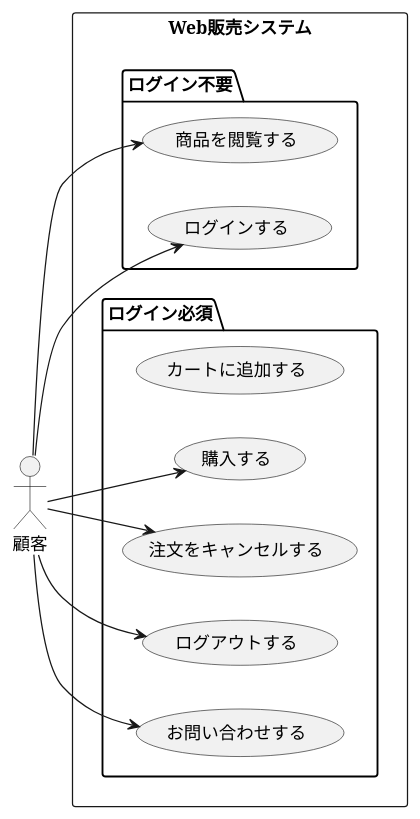
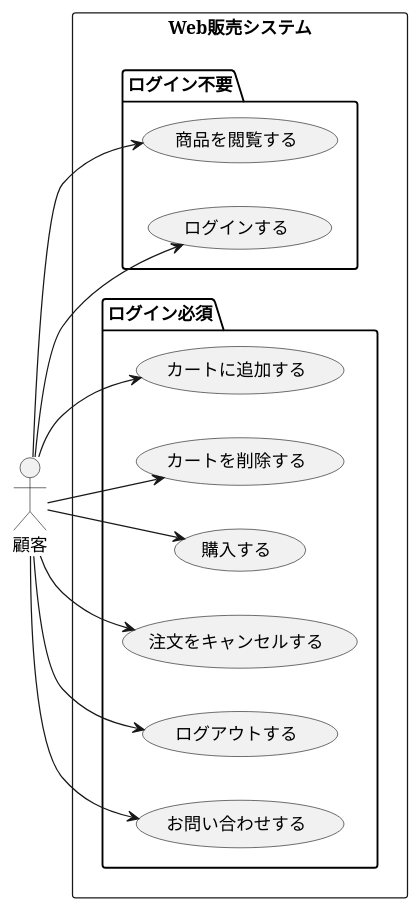
The diagram in group/3-3_総合演習1_BBショップ注文管理システム/ユースケース図/usecase_web.pu (ko246/ohara_uml), drawn with PlantUML before and after one commit. The commit also changed 2 other files, not shown here.

```diff
--- a/group/3-3_総合演習1_BBショップ注文管理システム/ユースケース図/usecase_web.pu
+++ b/group/3-3_総合演習1_BBショップ注文管理システム/ユースケース図/usecase_web.pu
@@ -1,29 +1,32 @@
 @startuml Web販売システム
 left to right direction
 
 actor 顧客
 
 rectangle Web販売システム {
   
   package "ログイン不要" {
     usecase "商品を閲覧する" as UC_Browse
     usecase "ログインする" as UC_Login
   }
 
   package "ログイン必須" {
     usecase "カートに追加する" as UC_AddToCart
+    usecase "カートを削除する" as UC_DeleteCart
     usecase "購入する" as UC_Order
     usecase "注文をキャンセルする" as UC_Cancel
     usecase "ログアウトする" as UC_Logout
     usecase "お問い合わせする" as UC_Inquiry
   }
 }
 
 顧客 --> UC_Browse
 顧客 --> UC_Login
 顧客 --> UC_Logout
+顧客 --> UC_AddToCart
+顧客 --> UC_DeleteCart
 顧客 --> UC_Order
 顧客 --> UC_Cancel
 顧客 --> UC_Inquiry
 
 @enduml
```
